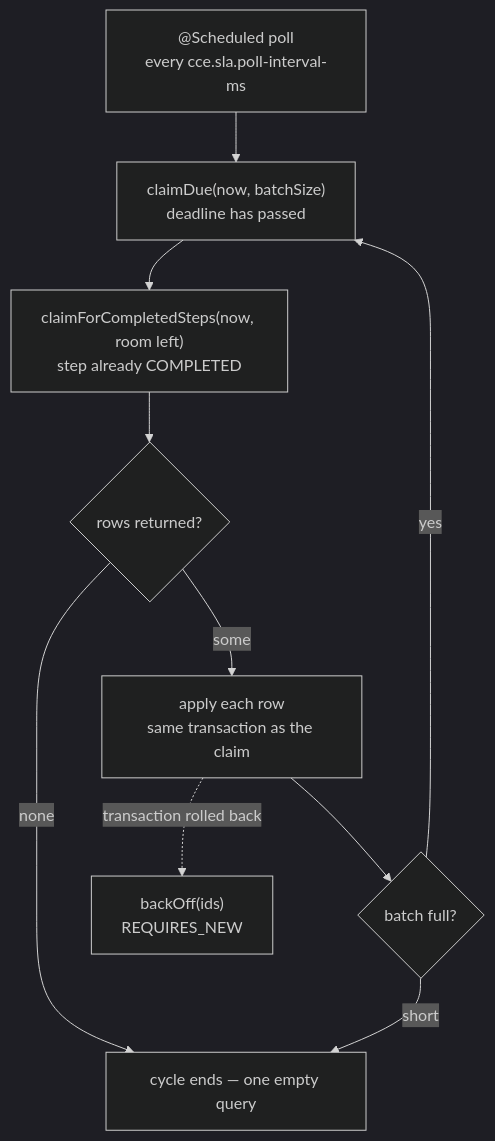
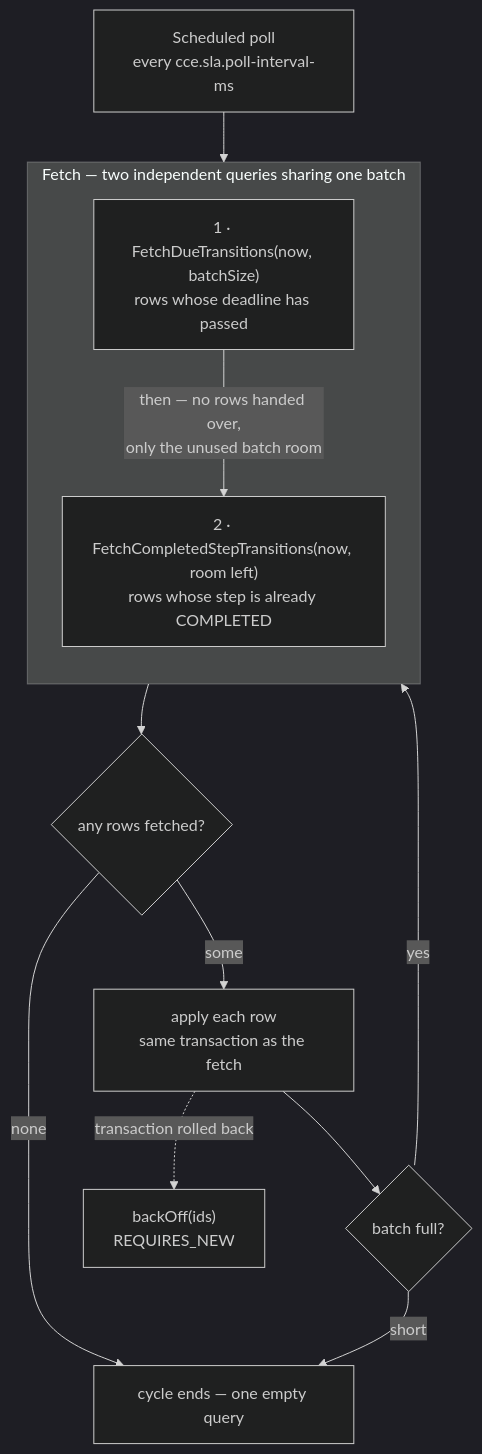
Before and after one commit to Jayaprakash8887/cce-step-sla-service: the diagram in docs/architecture-overview.md, drawn with Mermaid (dark theme). The commit also changed other lines of this file and 4 other files, not shown here.

Commit message:
Clarification of execution flow

````diff
--- a/docs/architecture-overview.md
+++ b/docs/architecture-overview.md
@@ -41,12 +49,19 @@
 ```mermaid
 flowchart TD
-    S["@Scheduled poll<br/>every cce.sla.poll-interval-ms"] --> D["claimDue(now, batchSize)<br/>deadline has passed"]
-    D --> C["claimForCompletedSteps(now, room left)<br/>step already COMPLETED"]
-    C --> E{"rows returned?"}
+    S["Scheduled poll<br/>every cce.sla.poll-interval-ms"] --> D
+
+    subgraph FETCH["Fetch — two independent queries sharing one batch"]
+        direction TB
+        D["1 · FetchDueTransitions(now, batchSize)<br/>rows whose deadline has passed"]
+        C["2 · FetchCompletedStepTransitions(now, room left)<br/>rows whose step is already COMPLETED"]
+        D -->|"then — no rows handed over,<br/>only the unused batch room"| C
+    end
+
+    C --> E{"any rows fetched?"}
     E -->|"none"| Z["cycle ends — one empty query"]
-    E -->|"some"| A["apply each row<br/>same transaction as the claim"]
+    E -->|"some"| A["apply each row<br/>same transaction as the fetch"]
     A --> F{"batch full?"}
-    F -->|yes| D
+    F -->|"yes"| D
     F -->|"short"| Z
     A -.->|"transaction rolled back"| B["backOff(ids)<br/>REQUIRES_NEW"]
 ```
````
